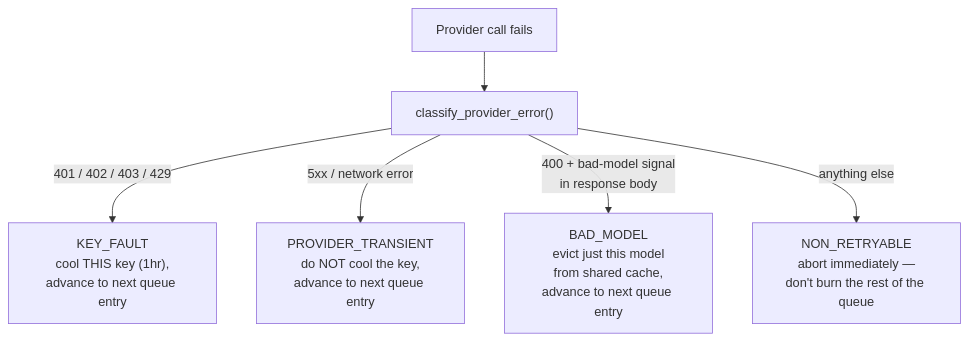
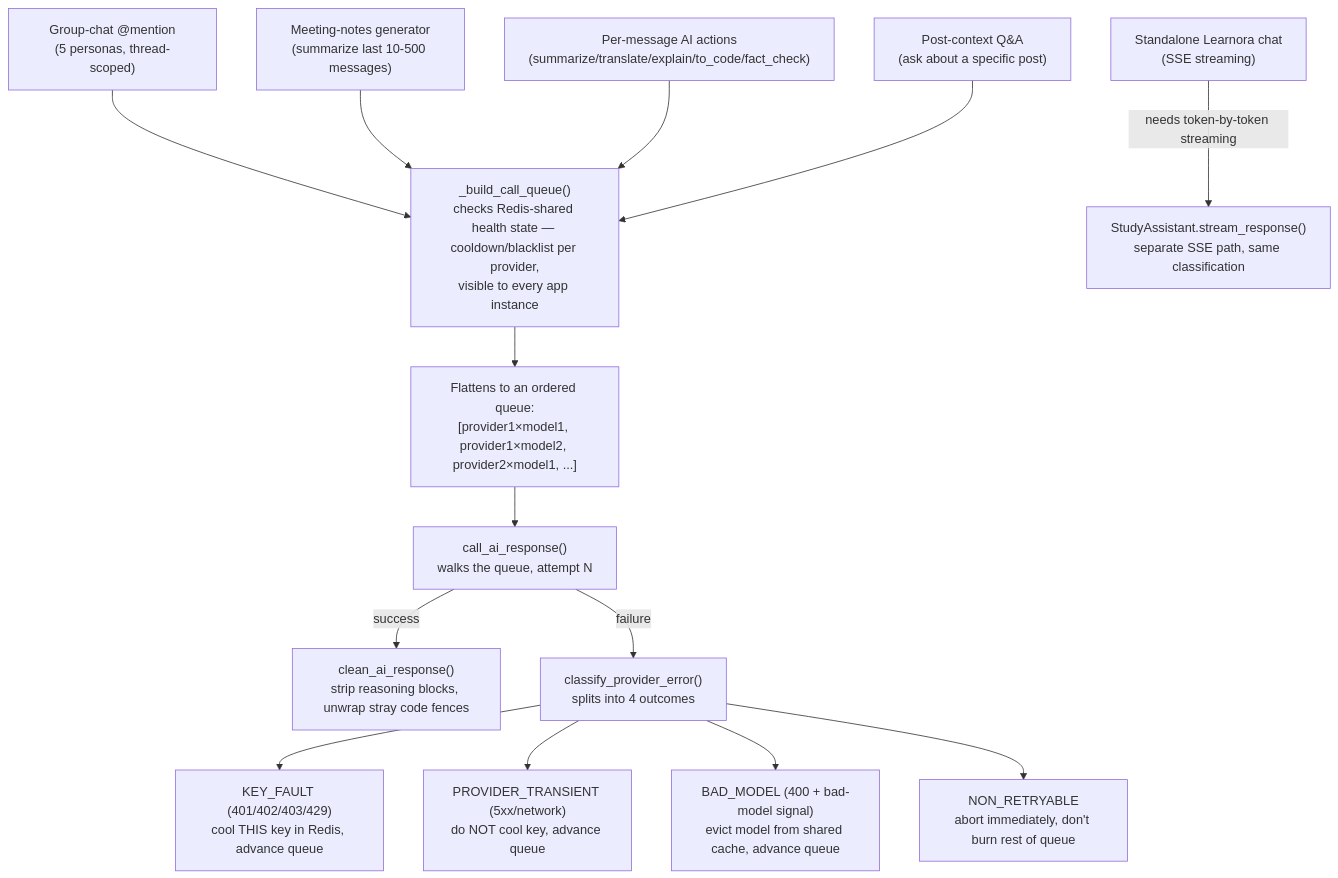
One commit to Devpaul-01/StudyHub changed diagram 12 of 14 in ARCHITECTURE.md. Above: the diagram before and after it, drawn with Mermaid. The commit also changed other lines of this file and 18 other files, not shown here.

````diff
--- a/ARCHITECTURE.md
+++ b/ARCHITECTURE.md
@@ -276,8 +463,21 @@
 ```mermaid
-flowchart TD
-    Call["Provider call fails"] --> Classify["classify_provider_error()"]
-    Classify -->|"401 / 402 / 403 / 429"| KeyFault["KEY_FAULT<br/>cool THIS key (1hr),<br/>advance to next queue entry"]
-    Classify -->|"5xx / network error"| Transient["PROVIDER_TRANSIENT<br/>do NOT cool the key,<br/>advance to next queue entry"]
-    Classify -->|"400 + bad-model signal<br/>in response body"| BadModel["BAD_MODEL<br/>evict just this model<br/>from shared cache,<br/>advance to next queue entry"]
-    Classify -->|"anything else"| NonRetry["NON_RETRYABLE<br/>abort immediately —<br/>don't burn the rest of the queue"]
+flowchart TB
+    E1["Group-chat @mention<br/>(5 personas, thread-scoped)"]
+    E2["Meeting-notes generator<br/>(summarize last 10-500 messages)"]
+    E3["Per-message AI actions<br/>(summarize/translate/explain/to_code/fact_check)"]
+    E4["Standalone Learnora chat<br/>(SSE streaming)"]
+    E5["Post-context Q&A<br/>(ask about a specific post)"]
+
+    E1 & E2 & E3 & E5 --> QUEUE["_build_call_queue()<br/>checks Redis-shared health state — cooldown/blacklist per provider,<br/>visible to every app instance"]
+    QUEUE --> FLAT["Flattens to an ordered queue:<br/>[provider1×model1, provider1×model2, provider2×model1, ...]"]
+    FLAT --> CALL["call_ai_response()<br/>walks the queue, attempt N"]
+    CALL -->|success| CLEAN["clean_ai_response()<br/>strip reasoning blocks, unwrap stray code fences"]
+    CALL -->|failure| CLASSIFY["classify_provider_error()<br/>splits into 4 outcomes"]
+
+    CLASSIFY --> KF["KEY_FAULT (401/402/403/429)<br/>cool THIS key in Redis, advance queue"]
+    CLASSIFY --> PT["PROVIDER_TRANSIENT (5xx/network)<br/>do NOT cool key, advance queue"]
+    CLASSIFY --> BM["BAD_MODEL (400 + bad-model signal)<br/>evict model from shared cache, advance queue"]
+    CLASSIFY --> NR["NON_RETRYABLE<br/>abort immediately, don't burn rest of queue"]
+
+    E4 -->|"needs token-by-token streaming"| STREAM["StudyAssistant.stream_response()<br/>separate SSE path, same classification"]
 ```
````
